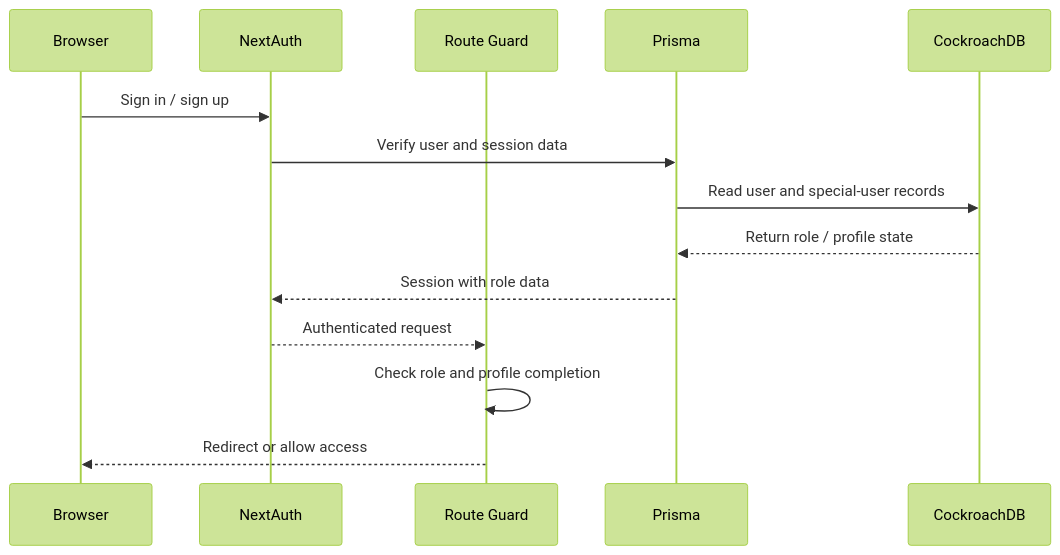
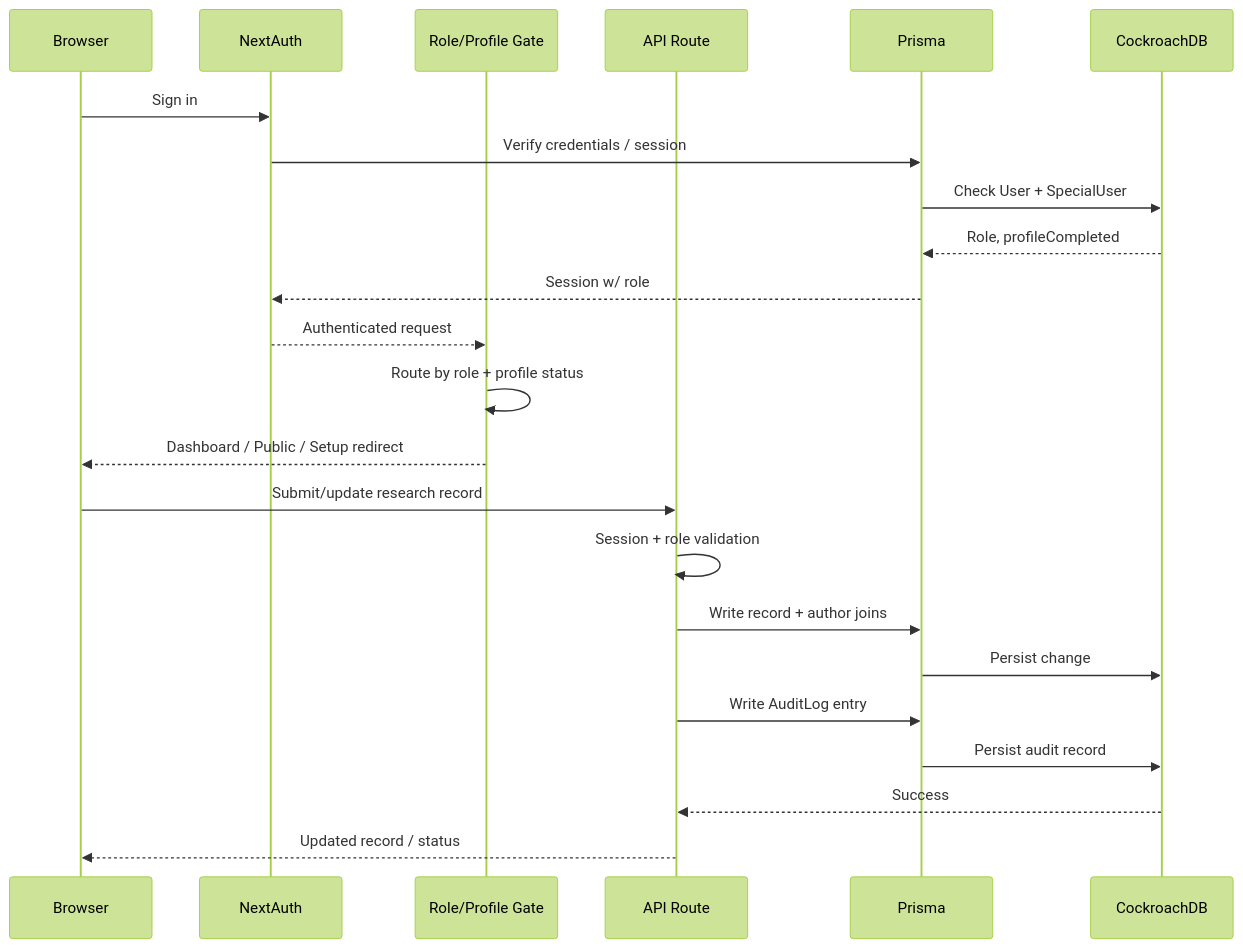
One commit to SumanMishra2004/sumanIedc changed the eighth of 8 diagrams in PROJECT_OVERVIEW.md. Above: the diagram before and after it, drawn with Mermaid (forest theme). The commit also changed other lines of this file and 4 other files, not shown here.

Commit message:
new update schema addded

````diff
--- a/PROJECT_OVERVIEW.md
+++ b/PROJECT_OVERVIEW.md
@@ -102,17 +237,27 @@
 ```mermaid
 sequenceDiagram
   participant Browser
   participant NextAuth
-  participant Proxy as Route Guard
+  participant Guard as Role/Profile Gate
+  participant API as API Route
   participant Prisma
   participant DB as CockroachDB
 
-  Browser->>NextAuth: Sign in / sign up
-  NextAuth->>Prisma: Verify user and session data
-  Prisma->>DB: Read user and special-user records
-  DB-->>Prisma: Return role / profile state
-  Prisma-->>NextAuth: Session with role data
-  NextAuth-->>Proxy: Authenticated request
-  Proxy->>Proxy: Check role and profile completion
-  Proxy-->>Browser: Redirect or allow access
+  Browser->>NextAuth: Sign in
+  NextAuth->>Prisma: Verify credentials / session
+  Prisma->>DB: Check User + SpecialUser
+  DB-->>Prisma: Role, profileCompleted
+  Prisma-->>NextAuth: Session w/ role
+  NextAuth-->>Guard: Authenticated request
+  Guard->>Guard: Route by role + profile status
+  Guard-->>Browser: Dashboard / Public / Setup redirect
+
+  Browser->>API: Submit/update research record
+  API->>API: Session + role validation
+  API->>Prisma: Write record + author joins
+  Prisma->>DB: Persist change
+  API->>Prisma: Write AuditLog entry
+  Prisma->>DB: Persist audit record
+  DB-->>API: Success
+  API-->>Browser: Updated record / status
 ```
````
